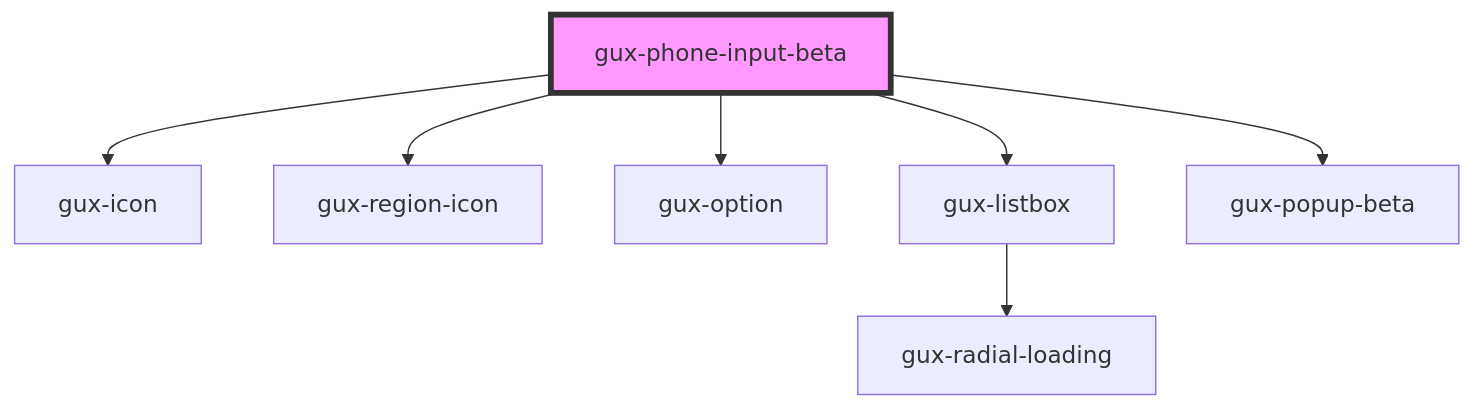
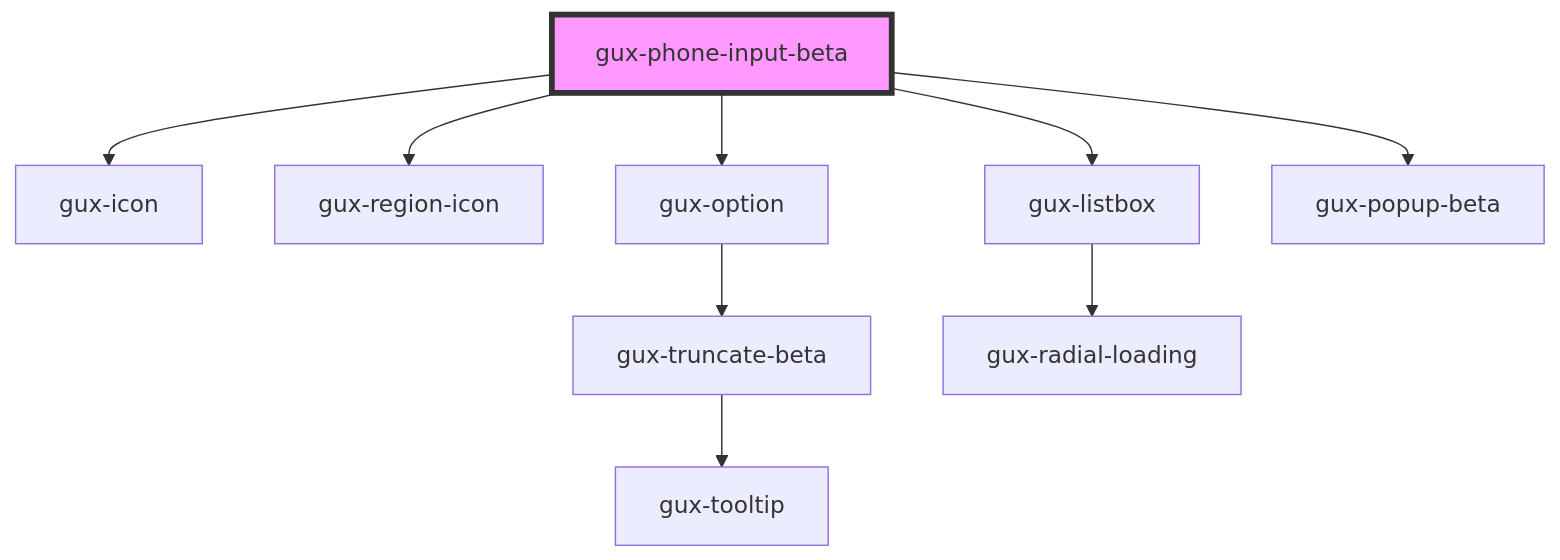
The diagram in packages/genesys-spark-components/src/components/beta/gux-phone-input/readme.md (MyPureCloud/genesys-spark), drawn with Mermaid before and after one commit. The commit also changed 23 other files, not shown here.

First line of the commit message:
fix(gux-dropdown): truncate long text and show tooltip (#1237)

````diff
--- a/packages/genesys-spark-components/src/components/beta/gux-phone-input/readme.md
+++ b/packages/genesys-spark-components/src/components/beta/gux-phone-input/readme.md
@@ -39,10 +39,12 @@
 ```mermaid
 graph TD;
   gux-phone-input-beta --> gux-icon
   gux-phone-input-beta --> gux-region-icon
   gux-phone-input-beta --> gux-option
   gux-phone-input-beta --> gux-listbox
   gux-phone-input-beta --> gux-popup-beta
+  gux-option --> gux-truncate-beta
+  gux-truncate-beta --> gux-tooltip
   gux-listbox --> gux-radial-loading
   style gux-phone-input-beta fill:#f9f,stroke:#333,stroke-width:4px
 ```
````
